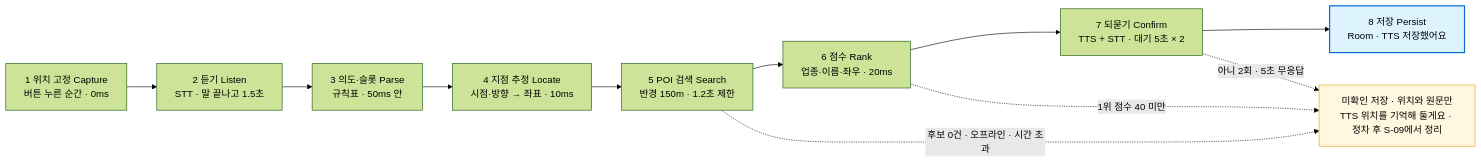
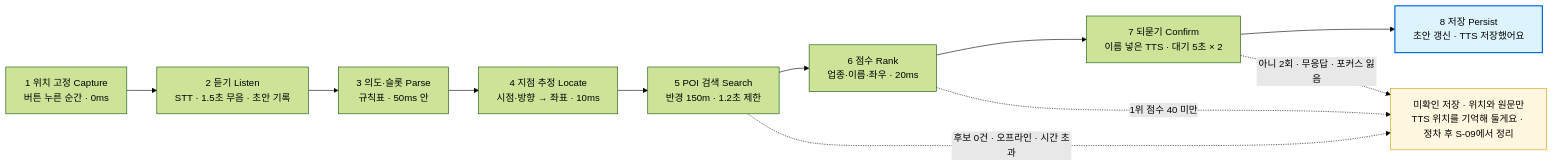
The second of 3 diagrams in docs/03_기술서.md (easycd/Hyundai_Pleos_App_Competition), drawn with Mermaid (forest theme) before and after one commit. The commit also changed other lines of this file and 47 other files, not shown here.

````diff
--- a/docs/03_기술서.md
+++ b/docs/03_기술서.md
@@ -211,12 +229,12 @@
 ```mermaid
 flowchart LR
-  C1["1 위치 고정 Capture<br/>버튼 누른 순간 · 0ms"] --> L2["2 듣기 Listen<br/>STT · 말 끝나고 1.5초"]
+  C1["1 위치 고정 Capture<br/>버튼 누른 순간 · 0ms"] --> L2["2 듣기 Listen<br/>STT · 1.5초 무음 · 초안 기록"]
   L2 --> P3["3 의도·슬롯 Parse<br/>규칙표 · 50ms 안"] --> L4["4 지점 추정 Locate<br/>시점·방향 → 좌표 · 10ms"]
   L4 --> S5["5 POI 검색 Search<br/>반경 150m · 1.2초 제한"] --> R6["6 점수 Rank<br/>업종·이름·좌우 · 20ms"]
-  R6 --> C7["7 되묻기 Confirm<br/>TTS + STT · 대기 5초 × 2"] --> P8["8 저장 Persist<br/>Room · TTS 저장했어요"]
+  R6 --> C7["7 되묻기 Confirm<br/>이름 넣은 TTS · 대기 5초 × 2"] --> P8["8 저장 Persist<br/>초안 갱신 · TTS 저장했어요"]
   S5 -. "후보 0건 · 오프라인 · 시간 초과" .-> U
   R6 -. "1위 점수 40 미만" .-> U
-  C7 -. "아니 2회 · 5초 무응답" .-> U["미확인 저장 · 위치와 원문만<br/>TTS 위치를 기억해 둘게요 · 정차 후 S-09에서 정리"]
+  C7 -. "아니 2회 · 무응답 · 포커스 잃음" .-> U["미확인 저장 · 위치와 원문만<br/>TTS 위치를 기억해 둘게요 · 정차 후 S-09에서 정리"]
   style P8 fill:#ddf4ff,stroke:#0969da,stroke-width:2px
   style U fill:#fff7e0,stroke:#d9a300
 ```
````
